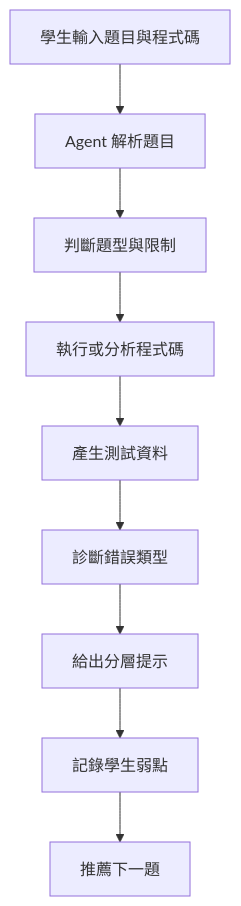
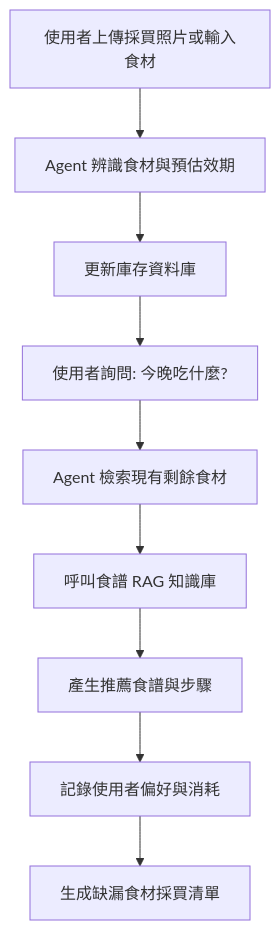
One commit to hsuvivi1000-design/114-gen-ai changed the first of 2 diagrams in 期末專題主題提案報告說明.md. Above: the diagram before and after it, drawn with Mermaid. The commit also changed other lines of this file, not shown here.

First line of the commit message:
Enhance project proposal for AI Kitchen Chef Agent

````diff
--- a/期末專題主題提案報告說明.md
+++ b/期末專題主題提案報告說明.md
@@ -90,11 +89,11 @@
 ```mermaid
 flowchart TD
-    A[學生輸入題目與程式碼] --> B[Agent 解析題目]
-    B --> C[判斷題型與限制]
-    C --> D[執行或分析程式碼]
-    D --> E[產生測試資料]
-    E --> F[診斷錯誤類型]
-    F --> G[給出分層提示]
-    G --> H[記錄學生弱點]
-    H --> I[推薦下一題]
+    A[使用者上傳採買照片或輸入食材] --> B[Agent 辨識食材與預估效期]
+    B --> C[更新庫存資料庫]
+    C --> D[使用者詢問: 今晚吃什麼?]
+    D --> E[Agent 檢索現有剩餘食材]
+    E --> F[呼叫食譜 RAG 知識庫]
+    F --> G[產生推薦食譜與步驟]
+    G --> H[記錄使用者偏好與消耗]
+    H --> I[生成缺漏食材採買清單]
 ```
````
